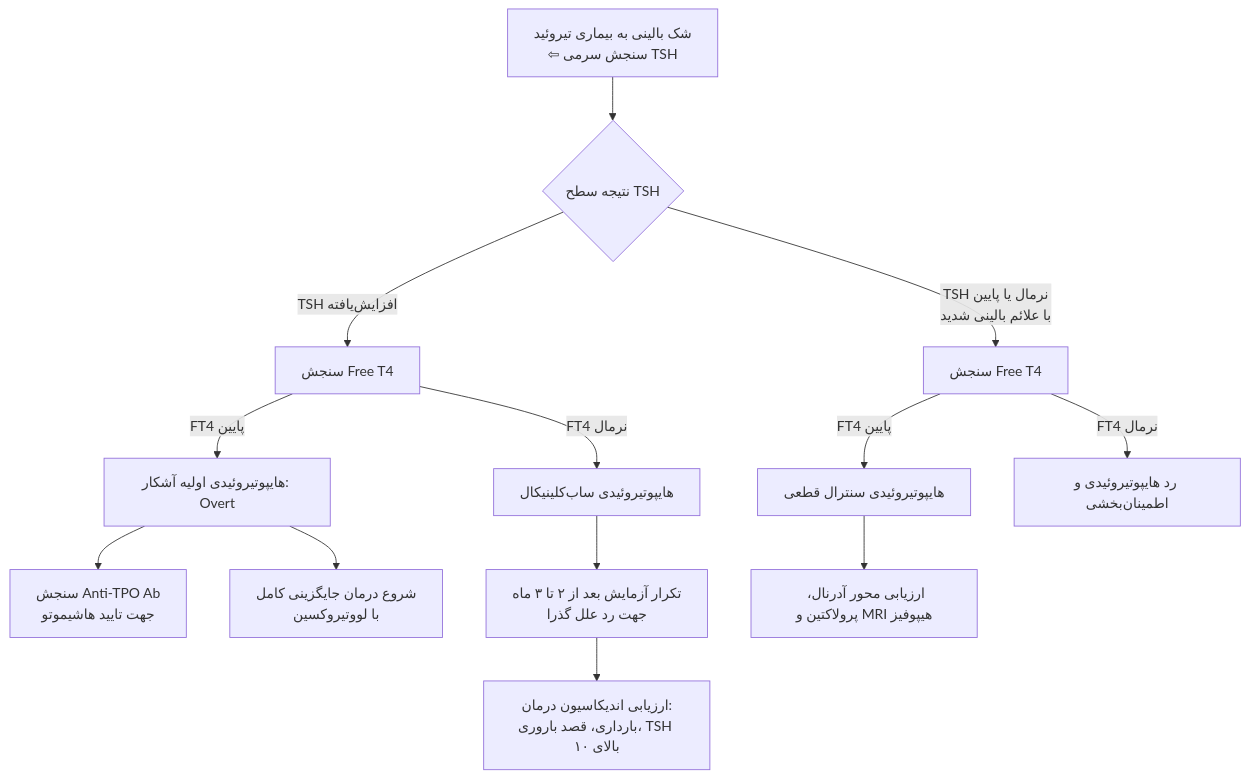
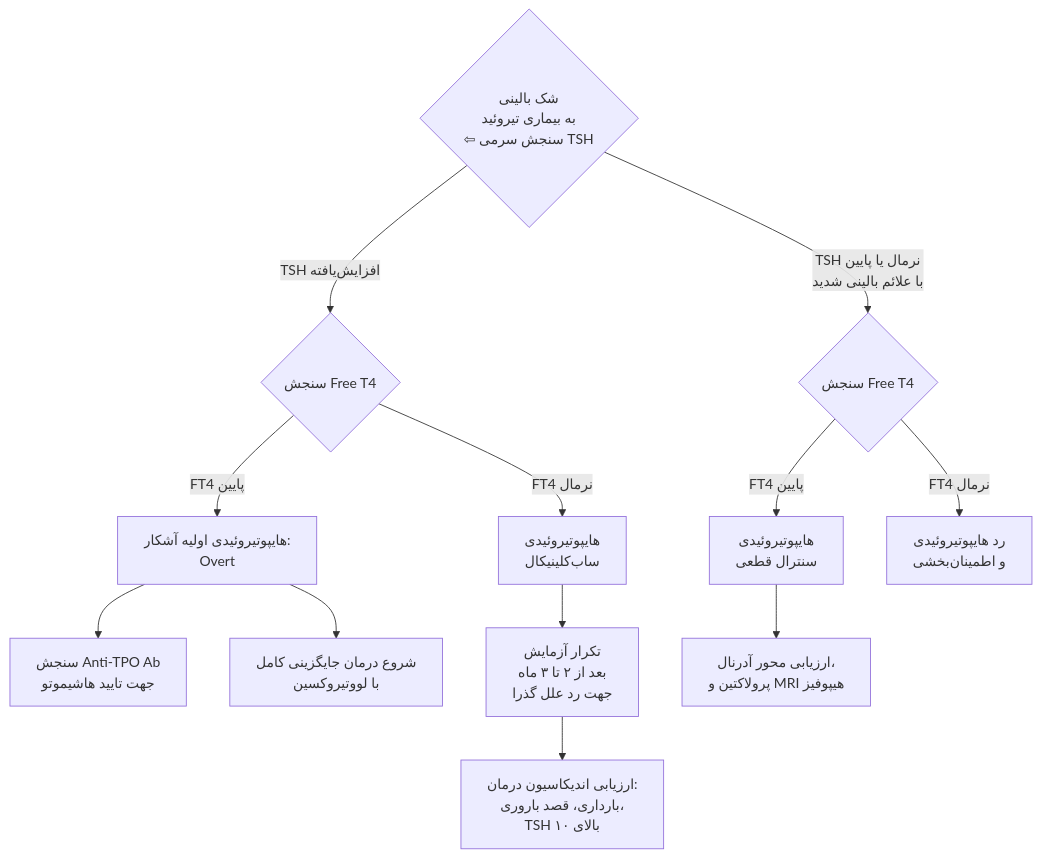
The fifth of 6 diagrams in 07/مبانی غدد/کم‌کاری تیروئید.md (neopulse-hub/TUMS-1402-1-neo), drawn with Mermaid before and after one commit. The commit also changed other lines of this file, not shown here.

Commit message:
Update کم‌کاری تیروئید.md

````diff
--- a/07/مبانی غدد/کم‌کاری تیروئید.md
+++ b/07/مبانی غدد/کم‌کاری تیروئید.md
@@ -238,19 +238,19 @@
 ```mermaid
 flowchart TD
-    TSH_Check[شک بالینی به بیماری تیروئید<br>⇦ سنجش سرمی TSH] --> Result{نتیجه سطح TSH}
-    
-    Result -->|TSH افزایش‌یافته| CheckFT4[سنجش Free T4]
-    Result -->|TSH نرمال یا پایین<br>با علائم بالینی شدید| CheckCent[سنجش Free T4]
-    
-    CheckFT4 -->|FT4 پایین| OvertPrimary[هایپوتیروئیدی اولیه آشکار: Overt]
-    OvertPrimary --> CheckAntiTPO[سنجش Anti-TPO Ab<br>جهت تایید هاشیموتو]
-    OvertPrimary --> StartLT4[شروع درمان جایگزینی کامل<br>با لووتیروکسین]
-    
-    CheckFT4 -->|FT4 نرمال| Subclin[هایپوتیروئیدی ساب‌کلینیکال]
-    Subclin --> Repeat3M[تکرار آزمایش بعد از ۲ تا ۳ ماه<br>جهت رد علل گذرا]
-    Repeat3M --> EvalSubclin[ارزیابی اندیکاسیون درمان:<br>بارداری، قصد باروری، TSH بالای ۱۰]
-    
-    CheckCent -->|FT4 پایین| CentralHypo[هایپوتیروئیدی سنترال قطعی]
-    CentralHypo --> WorkupPit[ارزیابی محور آدرنال، پرولاکتین و MRI هیپوفیز]
-    CheckCent -->|FT4 نرمال| Euthyroid[رد هایپوتیروئیدی و اطمینان‌بخشی]
+
+Result{شک بالینی<br>به بیماری تیروئید<br>⇦ سنجش سرمی TSH}
+Result -->|TSH افزایش‌یافته| CheckFT4{سنجش Free T4}
+Result -->|TSH نرمال یا پایین<br>با علائم بالینی شدید| CheckCent{سنجش Free T4}
+
+CheckFT4 -->|FT4 پایین| OvertPrimary[هایپوتیروئیدی اولیه آشکار:<br>Overt]
+OvertPrimary --> CheckAntiTPO[سنجش Anti-TPO Ab<br>جهت تایید هاشیموتو]
+OvertPrimary --> StartLT4[شروع درمان جایگزینی کامل<br>با لووتیروکسین]
+
+CheckFT4 -->|FT4 نرمال| Subclin[هایپوتیروئیدی<br>ساب‌کلینیکال]
+Subclin --> Repeat3M[تکرار آزمایش<br>بعد از ۲ تا ۳ ماه<br>جهت رد علل گذرا]
+Repeat3M --> EvalSubclin[ارزیابی اندیکاسیون درمان:<br>بارداری، قصد باروری،<br>TSH بالای ۱۰]
+
+CheckCent -->|FT4 پایین| CentralHypo[هایپوتیروئیدی<br>سنترال قطعی]
+CentralHypo --> WorkupPit[ارزیابی محور آدرنال،<br>پرولاکتین و MRI هیپوفیز]
+CheckCent -->|FT4 نرمال| Euthyroid[رد هایپوتیروئیدی<br>و اطمینان‌بخشی]
 ```
````
